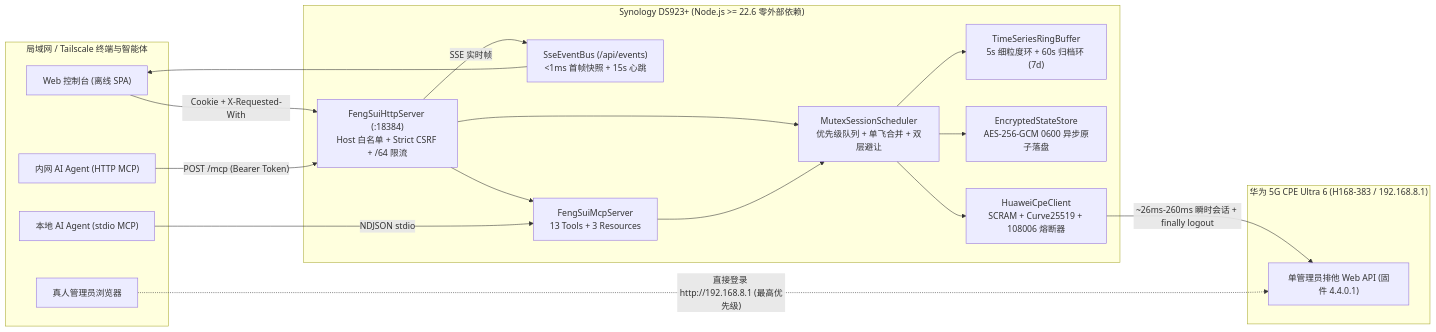
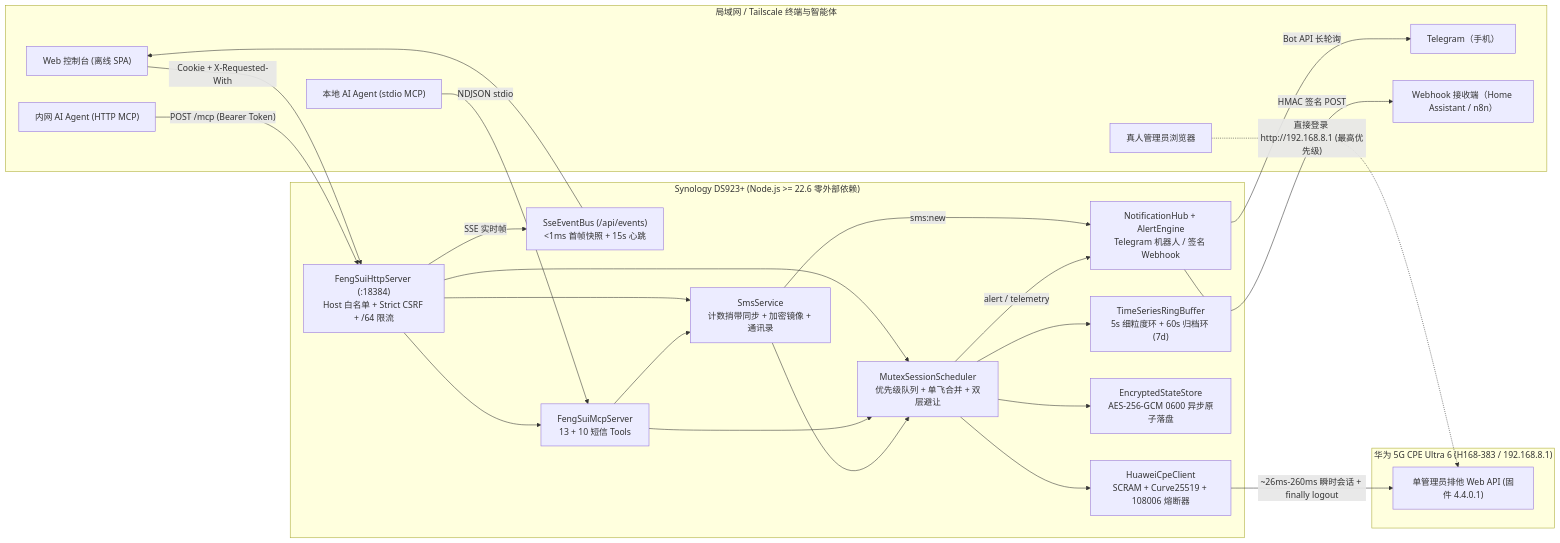
One commit to cky008/cpe-dash changed the first of 2 diagrams in README.md. Above: the diagram before and after it, drawn with Mermaid. The commit also changed other lines of this file and 1 other file, not shown here.

First line of the commit message:
docs(readme): document SMS, Telegram bot, webhooks and alerts

````diff
--- a/README.md
+++ b/README.md
@@ -65,37 +66,48 @@
 ```mermaid
 flowchart LR
   subgraph Clients["局域网 / Tailscale 终端与智能体"]
     Browser["Web 控制台 (离线 SPA)"]
     AgentHttp["内网 AI Agent (HTTP MCP)"]
     AgentStdio["本地 AI Agent (stdio MCP)"]
     HumanWeb["真人管理员浏览器"]
+    TgUser["Telegram（手机）"]
+    Hook["Webhook 接收端（Home Assistant / n8n）"]
   end
 
   subgraph NAS["Synology DS923+ (Node.js >= 22.6 零外部依赖)"]
     HttpSrv["FengSuiHttpServer (:18384)\nHost 白名单 + Strict CSRF + /64 限流"]
     SseBus["SseEventBus (/api/events)\n<1ms 首帧快照 + 15s 心跳"]
-    McpSrv["FengSuiMcpServer\n13 Tools + 3 Resources"]
+    McpSrv["FengSuiMcpServer\n13 + 10 短信 Tools"]
+    Sms["SmsService\n计数捎带同步 + 加密镜像 + 通讯录"]
+    Notify["NotificationHub + AlertEngine\nTelegram 机器人 / 签名 Webhook"]
     Sched["MutexSessionScheduler\n优先级队列 + 单飞合并 + 双层避让"]
     Ring["TimeSeriesRingBuffer\n5s 细粒度环 + 60s 归档环 (7d)"]
     Store["EncryptedStateStore\nAES-256-GCM 0600 异步原子落盘"]
     Client["HuaweiCpeClient\nSCRAM + Curve25519 + 108006 熔断器"]
   end
 
   subgraph Router["华为 5G CPE Ultra 6 (H168-383 / 192.168.8.1)"]
     CpeApi["单管理员排他 Web API (固件 4.4.0.1)"]
   end
 
   Browser -- "Cookie + X-Requested-With" --> HttpSrv
   HttpSrv -- "SSE 实时帧" --> SseBus
   SseBus --> Browser
   AgentHttp -- "POST /mcp (Bearer Token)" --> HttpSrv
   HttpSrv --> McpSrv
   AgentStdio -- "NDJSON stdio" --> McpSrv
   HttpSrv --> Sched
   McpSrv --> Sched
+  HttpSrv --> Sms
+  McpSrv --> Sms
+  Sms --> Sched
+  Sms -- "sms:new" --> Notify
+  Sched -- "alert / telemetry" --> Notify
+  Notify -- "Bot API 长轮询" --> TgUser
+  Notify -- "HMAC 签名 POST" --> Hook
   Sched --> Ring
   Sched --> Store
   Sched --> Client
   Client -- "~26ms-260ms 瞬时会话 + finally logout" --> CpeApi
   HumanWeb -. "直接登录 http://192.168.8.1 (最高优先级)" .-> CpeApi
 ```
````
